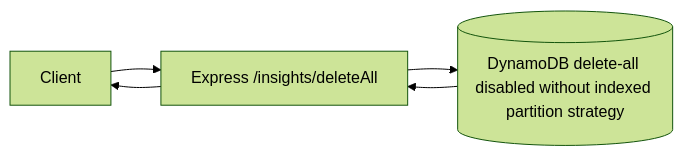
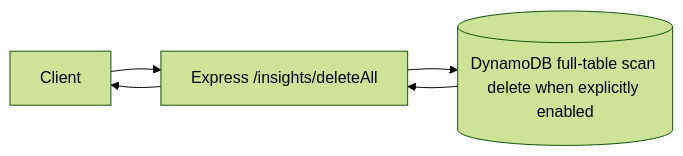
The fourth of 7 diagrams in README.md (samriddhishree/aetio-backend), drawn with Mermaid (forest theme) before and after one commit. The commit also changed other lines of this file, not shown here.

Commit message:
flow updates

````diff
--- a/README.md
+++ b/README.md
@@ -202,7 +206,7 @@
 ```mermaid
 flowchart LR
   C[Client] --> API[Express /insights/deleteAll]
-  API --> DDB[(DynamoDB delete-all disabled without indexed partition strategy)]
+  API --> DDB[(DynamoDB full-table scan delete when explicitly enabled)]
   DDB --> API
   API --> C
 ```
````
